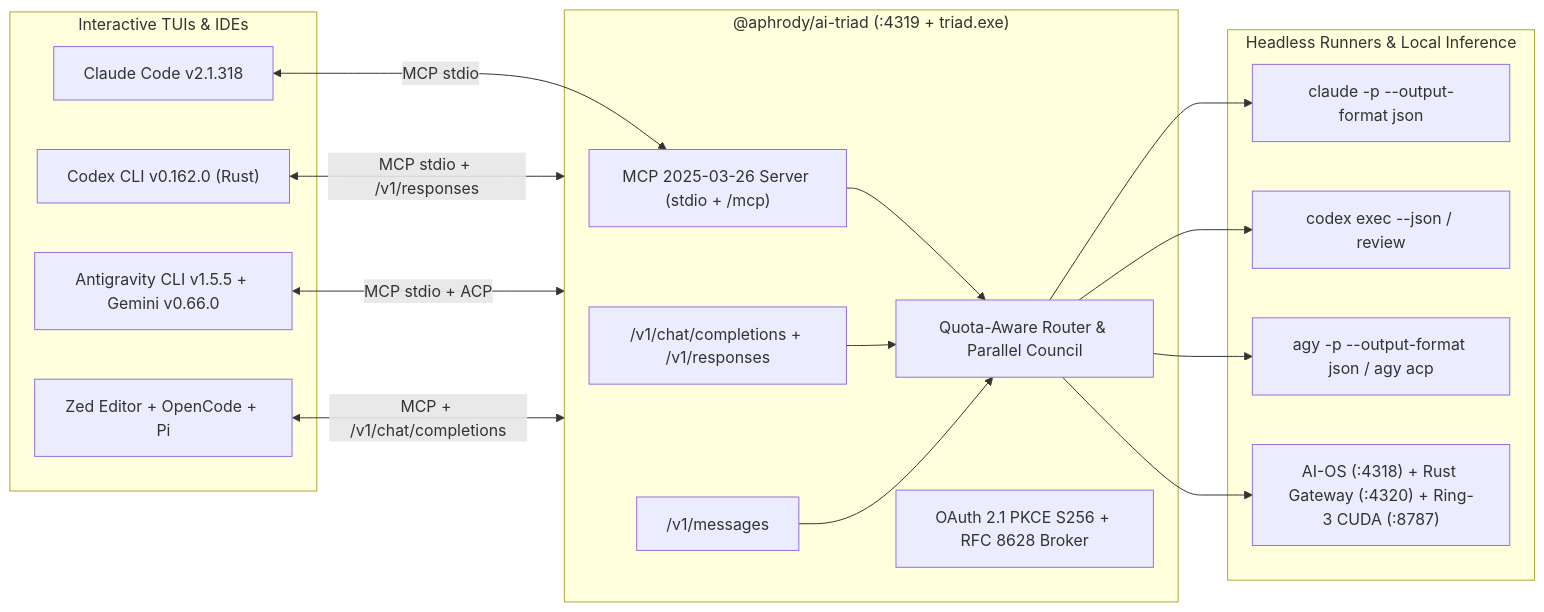
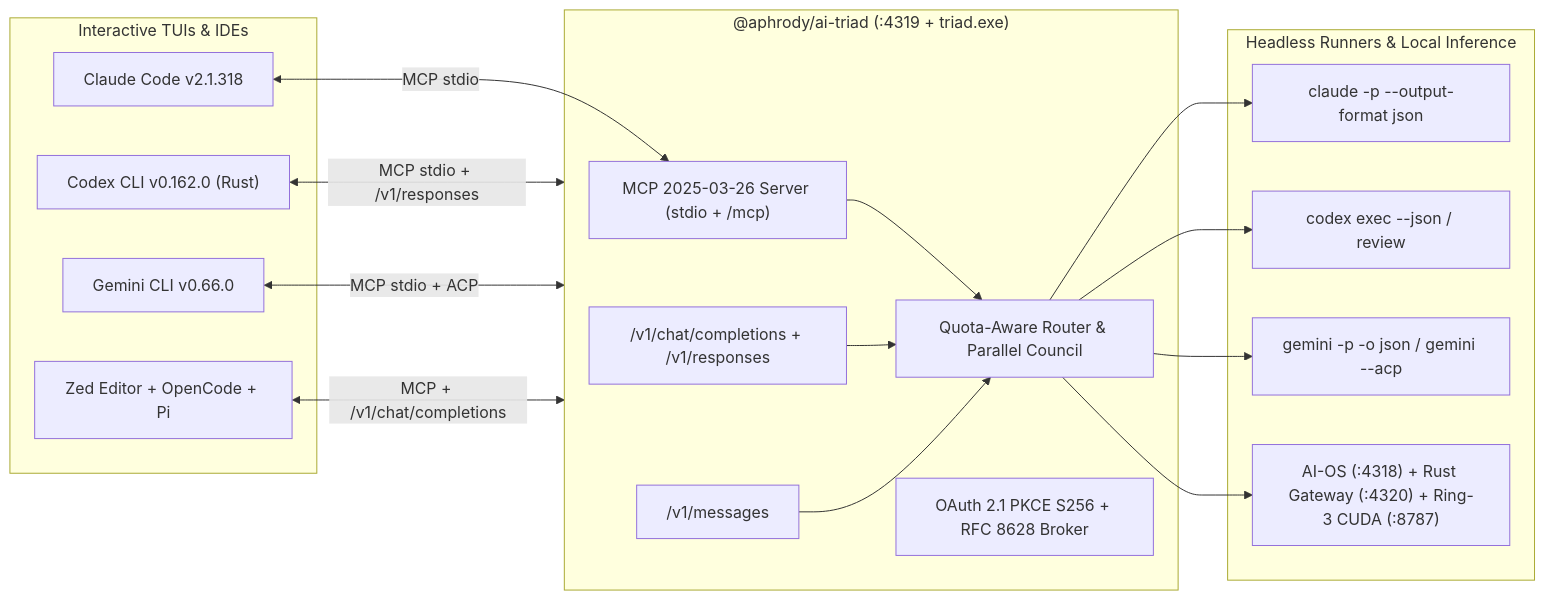
One commit to aphrody-labs/fw changed the diagram in packages/ai-os/engines/ai-triad/docs/CROSS_PROVIDER_ARCHITECTURE.md. Above: the diagram before and after it, drawn with Mermaid. The commit also changed other lines of this file and 71 other files, not shown here.

````diff
--- a/packages/ai-os/engines/ai-triad/docs/CROSS_PROVIDER_ARCHITECTURE.md
+++ b/packages/ai-os/engines/ai-triad/docs/CROSS_PROVIDER_ARCHITECTURE.md
@@ -14,37 +14,37 @@
 ```mermaid
 flowchart LR
   subgraph TUIs_IDEs["Interactive TUIs & IDEs"]
     ClaudeTUI["Claude Code v2.1.318"]
     CodexTUI["Codex CLI v0.162.0 (Rust)"]
-    AgyTUI["Antigravity CLI v1.5.5 + Gemini v0.66.0"]
+    GeminiTUI["Gemini CLI v0.66.0"]
     ZedIDE["Zed Editor + OpenCode + Pi"]
   end
 
   subgraph Hub["@aphrody/ai-triad (:4319 + triad.exe)"]
     MCP["MCP 2025-03-26 Server (stdio + /mcp)"]
     OAI["/v1/chat/completions + /v1/responses"]
     ANT["/v1/messages"]
     Router["Quota-Aware Router & Parallel Council"]
     OAuth["OAuth 2.1 PKCE S256 + RFC 8628 Broker"]
   end
 
   subgraph Backends["Headless Runners & Local Inference"]
     ClaudeP["claude -p --output-format json"]
     CodexE["codex exec --json / review"]
-    AgyP["agy -p --output-format json / agy acp"]
+    GeminiP["gemini -p -o json / gemini --acp"]
     Local["AI-OS (:4318) + Rust Gateway (:4320) + Ring-3 CUDA (:8787)"]
   end
 
   ClaudeTUI <-->|"MCP stdio"| MCP
   CodexTUI <-->|"MCP stdio + /v1/responses"| Hub
-  AgyTUI <-->|"MCP stdio + ACP"| Hub
+  GeminiTUI <-->|"MCP stdio + ACP"| Hub
   ZedIDE <-->|"MCP + /v1/chat/completions"| Hub
 
   MCP --> Router
   OAI --> Router
   ANT --> Router
   Router --> ClaudeP
   Router --> CodexE
-  Router --> AgyP
+  Router --> GeminiP
   Router --> Local
 ```
````
